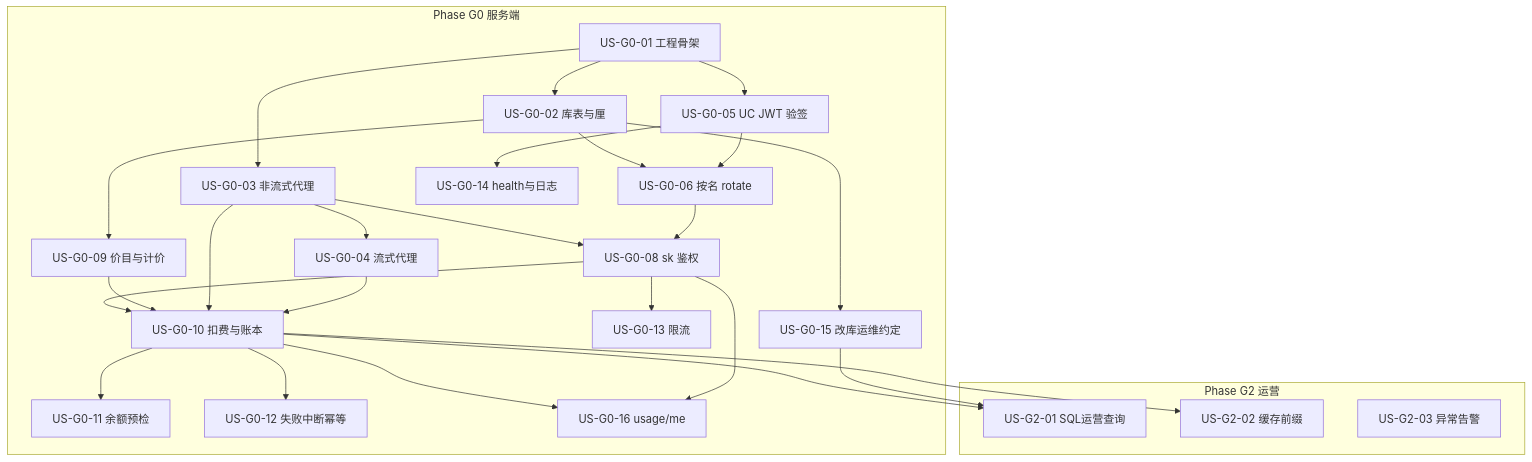
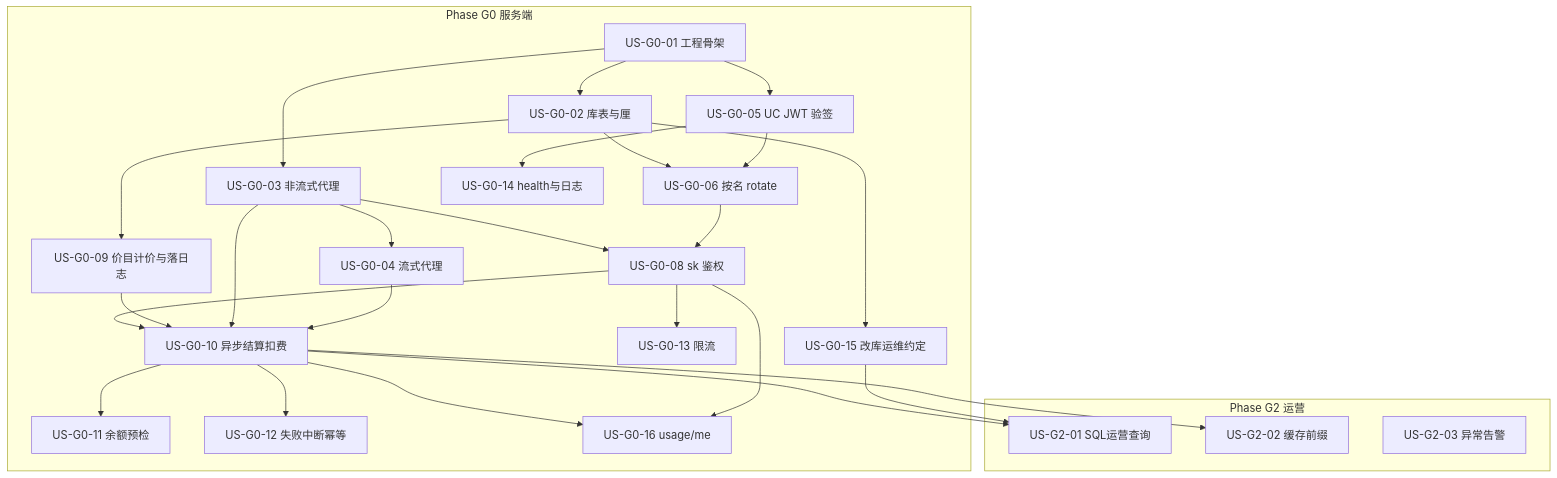
The diagram in token-gateway/docs/02-用户故事.md (Pedro-MAFS/ftcs), drawn with Mermaid before and after one commit. The commit also changed other lines of this file and 25 other files, not shown here.

````diff
--- a/token-gateway/docs/02-用户故事.md
+++ b/token-gateway/docs/02-用户故事.md
@@ -34,51 +34,51 @@
 ```mermaid
 flowchart TB
   subgraph G0["Phase G0 服务端"]
     US01[US-G0-01 工程骨架]
     US02[US-G0-02 库表与厘]
     US03[US-G0-03 非流式代理]
     US04[US-G0-04 流式代理]
     US05[US-G0-05 UC JWT 验签]
     US06[US-G0-06 按名 rotate]
     US08[US-G0-08 sk 鉴权]
-    US09[US-G0-09 价目与计价]
-    US10[US-G0-10 扣费与账本]
+    US09[US-G0-09 价目计价与落日志]
+    US10[US-G0-10 异步结算扣费]
     US11[US-G0-11 余额预检]
     US12[US-G0-12 失败中断幂等]
     US13[US-G0-13 限流]
     US14[US-G0-14 health与日志]
     US15[US-G0-15 改库运维约定]
     US16[US-G0-16 usage/me]
 
     US01 --> US02
     US01 --> US03
     US01 --> US05
     US02 --> US06
     US02 --> US09
     US03 --> US04
     US03 --> US08
     US05 --> US06
     US05 --> US14
     US06 --> US08
     US08 --> US10
     US09 --> US10
     US03 --> US10
     US04 --> US10
     US10 --> US11
     US10 --> US12
     US08 --> US13
     US02 --> US15
     US10 --> US16
     US08 --> US16
   end
 
   subgraph G2["Phase G2 运营"]
     US31[US-G2-01 SQL运营查询]
     US32[US-G2-02 缓存前缀]
     US33[US-G2-03 异常告警]
   end
 
   US10 --> US31
   US15 --> US31
   US10 --> US32
 ```
````
